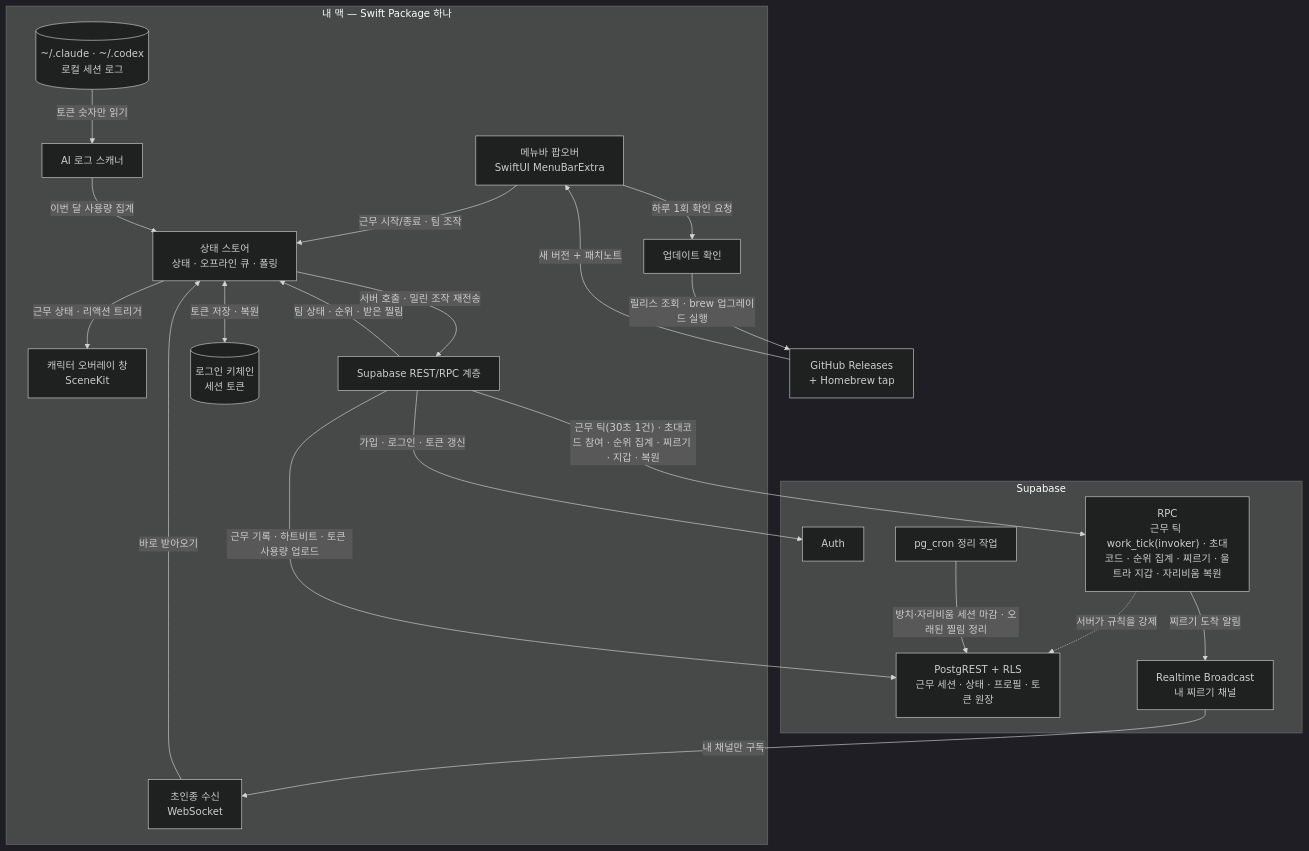
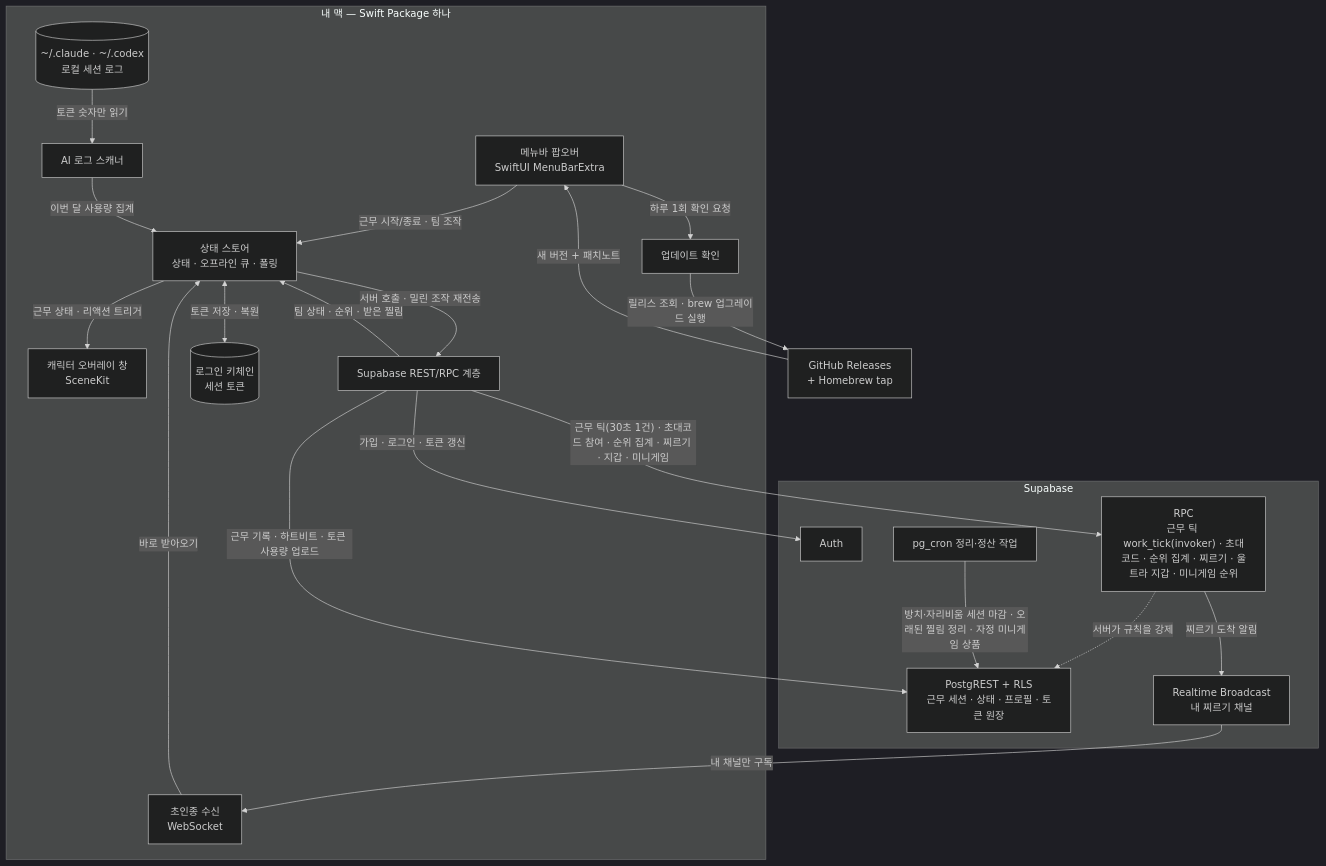
One commit to yehsung/check changed the diagram in README.md. Above: the diagram before and after it, drawn with Mermaid (dark theme). The commit also changed other lines of this file and 1 other file, not shown here.

First line of the commit message:
docs: README·프라이버시를 0.2.46 구현에 맞춘다 — 자리비움 자동 마감 재개와 30분 자동 재개, Codex 계정 기준·공유 계정 분배, 미니게임 난이도·정족수·상품 정리

````diff
--- a/README.md
+++ b/README.md
@@ -68,45 +71,45 @@
 ```mermaid
 flowchart TD
     subgraph mac["내 맥 — Swift Package 하나"]
         menu["메뉴바 팝오버<br/>SwiftUI MenuBarExtra"]
         overlay["캐릭터 오버레이 창<br/>SceneKit"]
         store["상태 스토어<br/>상태 · 오프라인 큐 · 폴링"]
         rest["Supabase REST/RPC 계층"]
         ring["초인종 수신<br/>WebSocket"]
         scanner["AI 로그 스캐너"]
         logs[("~/.claude · ~/.codex<br/>로컬 세션 로그")]
         keychain[("로그인 키체인<br/>세션 토큰")]
         updater["업데이트 확인"]
     end
 
     subgraph sb["Supabase"]
         auth["Auth"]
         db["PostgREST + RLS<br/>근무 세션 · 상태 · 프로필 · 토큰 원장"]
-        rpc["RPC<br/>근무 틱 work_tick(invoker) · 초대코드 · 순위 집계 · 찌르기 · 울트라 지갑 · 자리비움 복원"]
+        rpc["RPC<br/>근무 틱 work_tick(invoker) · 초대코드 · 순위 집계 · 찌르기 · 울트라 지갑 · 미니게임 순위"]
         realtime["Realtime Broadcast<br/>내 찌르기 채널"]
-        cron["pg_cron 정리 작업"]
+        cron["pg_cron 정리·정산 작업"]
     end
 
     gh["GitHub Releases<br/>+ Homebrew tap"]
 
     menu -->|"근무 시작/종료 · 팀 조작"| store
     store -->|"근무 상태 · 리액션 트리거"| overlay
     logs -->|"토큰 숫자만 읽기"| scanner
     scanner -->|"이번 달 사용량 집계"| store
     store <-->|"토큰 저장 · 복원"| keychain
 
     store -->|"서버 호출 · 밀린 조작 재전송"| rest
     rest -->|"팀 상태 · 순위 · 받은 찔림"| store
     rest -->|"가입 · 로그인 · 토큰 갱신"| auth
     rest -->|"근무 기록 · 하트비트 · 토큰 사용량 업로드"| db
-    rest -->|"근무 틱(30초 1건) · 초대코드 참여 · 순위 집계 · 찌르기 · 지갑 · 복원"| rpc
+    rest -->|"근무 틱(30초 1건) · 초대코드 참여 · 순위 집계 · 찌르기 · 지갑 · 미니게임"| rpc
     rpc -.->|"서버가 규칙을 강제"| db
     rpc -->|"찌르기 도착 알림"| realtime
     realtime -->|"내 채널만 구독"| ring
     ring -->|"바로 받아오기"| store
-    cron -->|"방치·자리비움 세션 마감 · 오래된 찔림 정리"| db
+    cron -->|"방치·자리비움 세션 마감 · 오래된 찔림 정리 · 자정 미니게임 상품"| db
 
     menu -->|"하루 1회 확인 요청"| updater
     updater -->|"릴리스 조회 · brew 업그레이드 실행"| gh
     gh -->|"새 버전 + 패치노트"| menu
 ```
````
